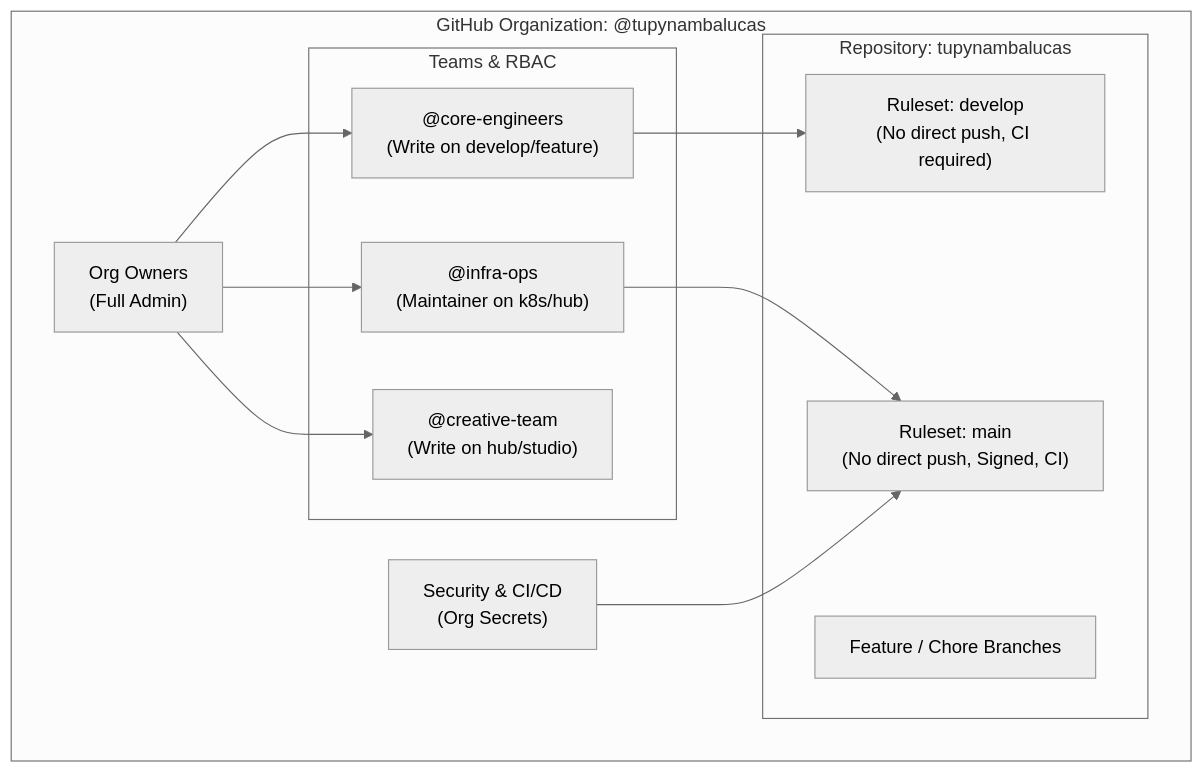
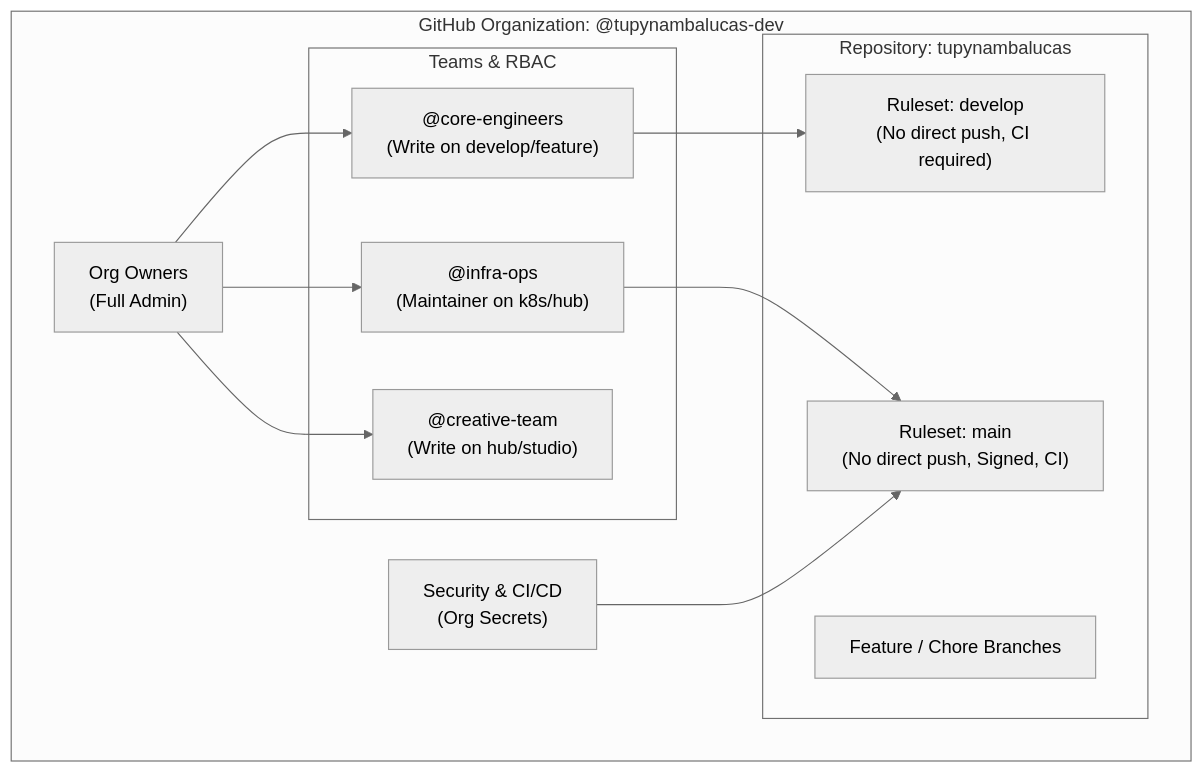
The diagram in .agents/plans/enterprise-architecture/github-governance-and-storage.md (tupynambalucas-dev/.github), drawn with Mermaid (neutral theme) before and after one commit. The commit also changed 7 other files, not shown here.

First line of the commit message:
fix(governance): align organization identifiers to tupynambalucas-dev (#2)

````diff
--- a/.agents/plans/enterprise-architecture/github-governance-and-storage.md
+++ b/.agents/plans/enterprise-architecture/github-governance-and-storage.md
@@ -63,27 +63,27 @@
 ```mermaid
 graph TD
   direction TD
-  subgraph "GitHub Organization: @tupynambalucas"
+  subgraph "GitHub Organization: @tupynambalucas-dev"
     OWNER["Org Owners<br/>(Full Admin)"]
     SEC["Security & CI/CD<br/>(Org Secrets)"]
 
     subgraph "Teams & RBAC"
       TEAM_CORE["@core-engineers<br/>(Write on develop/feature)"]
       TEAM_OPS["@infra-ops<br/>(Maintainer on k8s/hub)"]
       TEAM_DESIGN["@creative-team<br/>(Write on hub/studio)"]
     end
 
     subgraph "Repository: tupynambalucas"
       RULE_MAIN["Ruleset: main<br/>(No direct push, Signed, CI)"]
       RULE_DEV["Ruleset: develop<br/>(No direct push, CI required)"]
       BRANCHES["Feature / Chore Branches"]
     end
   end
 
   OWNER --> TEAM_CORE
   OWNER --> TEAM_OPS
   OWNER --> TEAM_DESIGN
   TEAM_CORE --> RULE_DEV
   TEAM_OPS --> RULE_MAIN
   SEC --> RULE_MAIN
 ```
````
